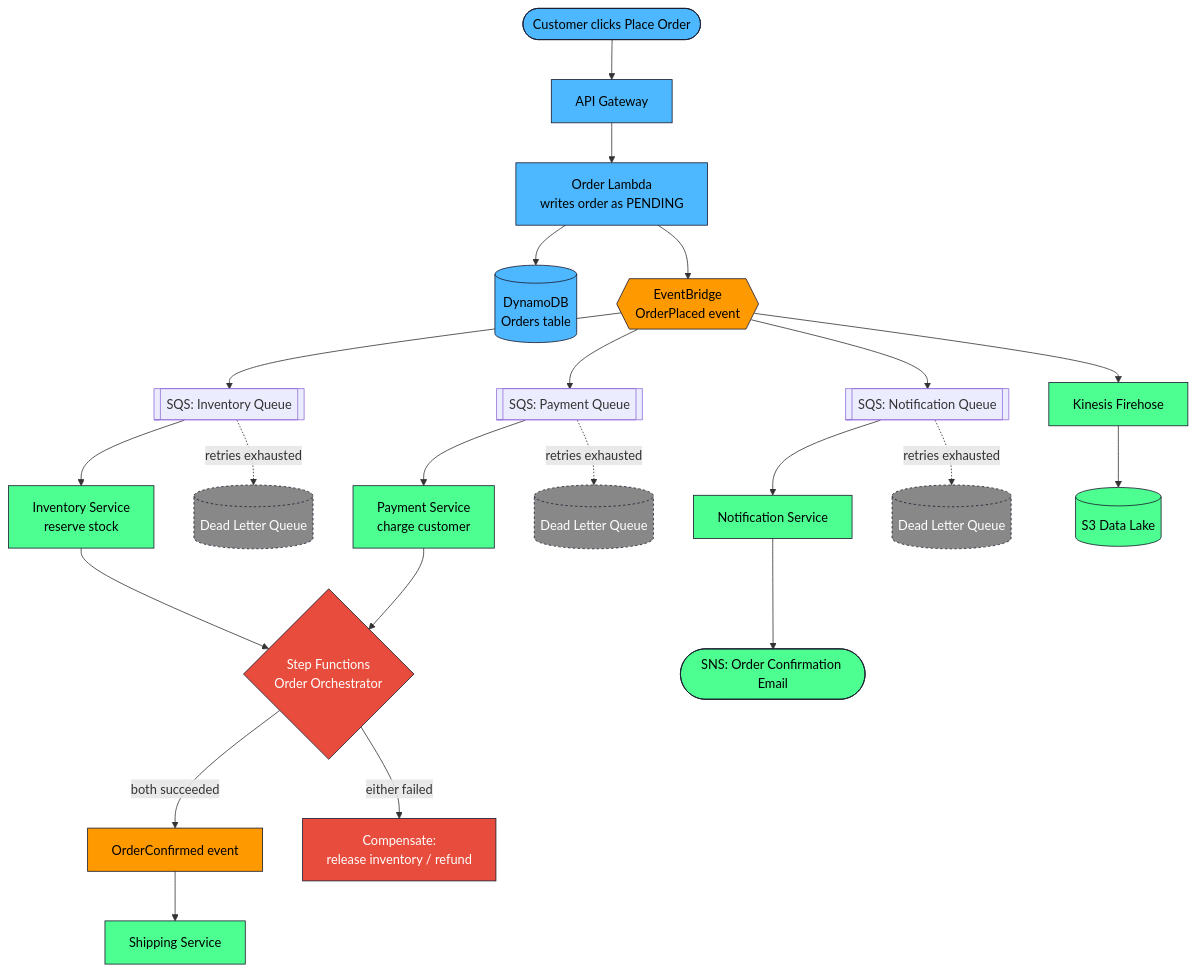
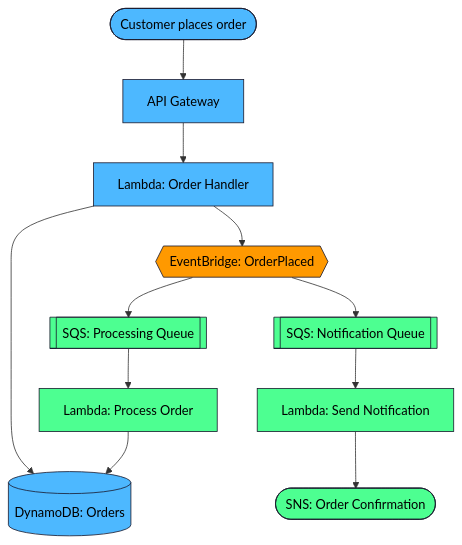
The diagram in diagrams/architecture.mermaid (SushmaShaikh/aws-eda-ecommerce-order-pipeline), drawn with Mermaid before and after one commit.

Commit message:
Fix architecture diagram to match actual built pipeline

```diff
--- a/diagrams/architecture.mermaid
+++ b/diagrams/architecture.mermaid
@@ -1,47 +1,27 @@
 flowchart TD
-    Customer([Customer clicks Place Order])
+    Customer([Customer places order])
     APIGW[API Gateway]
-    OrderLambda[Order Lambda<br/>writes order as PENDING]
-    DDB[(DynamoDB<br/>Orders table)]
-    EB{{EventBridge<br/>OrderPlaced event}}
+    Lambda1[Lambda: Order Handler]
+    DDB[(DynamoDB: Orders)]
+    EB{{EventBridge: OrderPlaced}}
 
-    Customer --> APIGW
-    APIGW --> OrderLambda
-    OrderLambda --> DDB
-    OrderLambda --> EB
+    Customer --> APIGW --> Lambda1
+    Lambda1 --> DDB
+    Lambda1 --> EB
 
-    EB --> InvQ[[SQS: Inventory Queue]]
-    EB --> PayQ[[SQS: Payment Queue]]
-    EB --> NotifyQ[[SQS: Notification Queue]]
-    EB --> Firehose[Kinesis Firehose]
+    EB --> SQS1[[SQS: Processing Queue]]
+    EB --> SQS2[[SQS: Notification Queue]]
 
-    InvQ --> InvSvc[Inventory Service<br/>reserve stock]
-    PayQ --> PaySvc[Payment Service<br/>charge customer]
-    NotifyQ --> NotifySvc[Notification Service]
-    Firehose --> S3[(S3 Data Lake)]
+    SQS1 --> Lambda2[Lambda: Process Order]
+    Lambda2 --> DDB
 
-    NotifySvc --> SNS([SNS: Order Confirmation Email])
-
-    InvSvc --> SF{Step Functions<br/>Order Orchestrator}
-    PaySvc --> SF
-
-    SF -->|both succeeded| Confirmed[OrderConfirmed event]
-    SF -->|either failed| Compensate[Compensate:<br/>release inventory / refund]
-
-    Confirmed --> Shipping[Shipping Service]
-
-    InvQ -.retries exhausted.-> InvDLQ[(Dead Letter Queue)]
-    PayQ -.retries exhausted.-> PayDLQ[(Dead Letter Queue)]
-    NotifyQ -.retries exhausted.-> NotifyDLQ[(Dead Letter Queue)]
+    SQS2 --> Lambda3[Lambda: Send Notification]
+    Lambda3 --> SNS([SNS: Order Confirmation])
 
     classDef sync fill:#4db8ff,stroke:#1a1a2e,color:#000
     classDef event fill:#ff9900,stroke:#1a1a2e,color:#000
-    classDef consumer fill:#4dff91,stroke:#1a1a2e,color:#000
-    classDef orch fill:#e74c3c,stroke:#1a1a2e,color:#fff
-    classDef dlq fill:#888,stroke:#1a1a2e,color:#fff,stroke-dasharray: 3 3
+    classDef queue fill:#4dff91,stroke:#1a1a2e,color:#000
 
-    class Customer,APIGW,OrderLambda,DDB sync
-    class EB,Confirmed event
-    class InvSvc,PaySvc,NotifySvc,SNS,Firehose,S3,Shipping consumer
-    class SF,Compensate orch
-    class InvDLQ,PayDLQ,NotifyDLQ dlq
+    class Customer,APIGW,Lambda1,DDB sync
+    class EB event
+    class SQS1,SQS2,Lambda2,Lambda3,SNS queue
```
